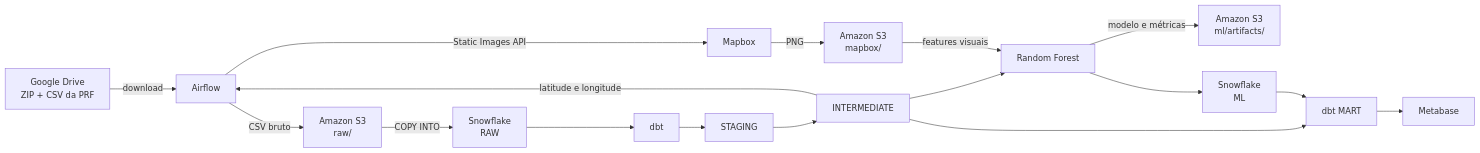
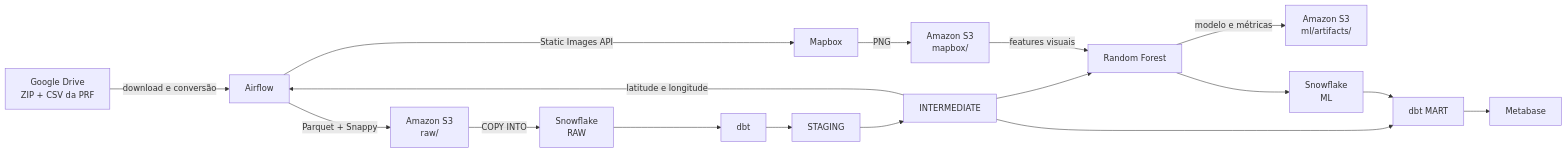
One commit to JPmarqs/ProjetoFinalIntegrado changed the diagram in README.md. Above: the diagram before and after it, drawn with Mermaid. The commit also changed other lines of this file and 14 other files, not shown here.

````diff
--- a/README.md
+++ b/README.md
@@ -10,18 +10,18 @@
 ```mermaid
 flowchart LR
-    G["Google Drive<br/>ZIP + CSV da PRF"] -->|download| A["Airflow"]
-    A -->|CSV bruto| S3R["Amazon S3<br/>raw/"]
+    G["Google Drive<br/>ZIP + CSV da PRF"] -->|download e conversão| A["Airflow"]
+    A -->|Parquet + Snappy| S3R["Amazon S3<br/>raw/"]
     S3R -->|COPY INTO| RAW["Snowflake<br/>RAW"]
     RAW --> DBT["dbt"]
     DBT --> STG["STAGING"] --> INT["INTERMEDIATE"]
     INT -->|latitude e longitude| A
     A -->|Static Images API| MAP["Mapbox"]
     MAP -->|PNG| S3I["Amazon S3<br/>mapbox/"]
     INT --> ML["Random Forest"]
     S3I -->|features visuais| ML
     ML -->|modelo e métricas| S3M["Amazon S3<br/>ml/artifacts/"]
     ML --> MLS["Snowflake<br/>ML"]
     INT --> MART["dbt MART"]
     MLS --> MART
     MART --> META["Metabase"]
 ```
````
